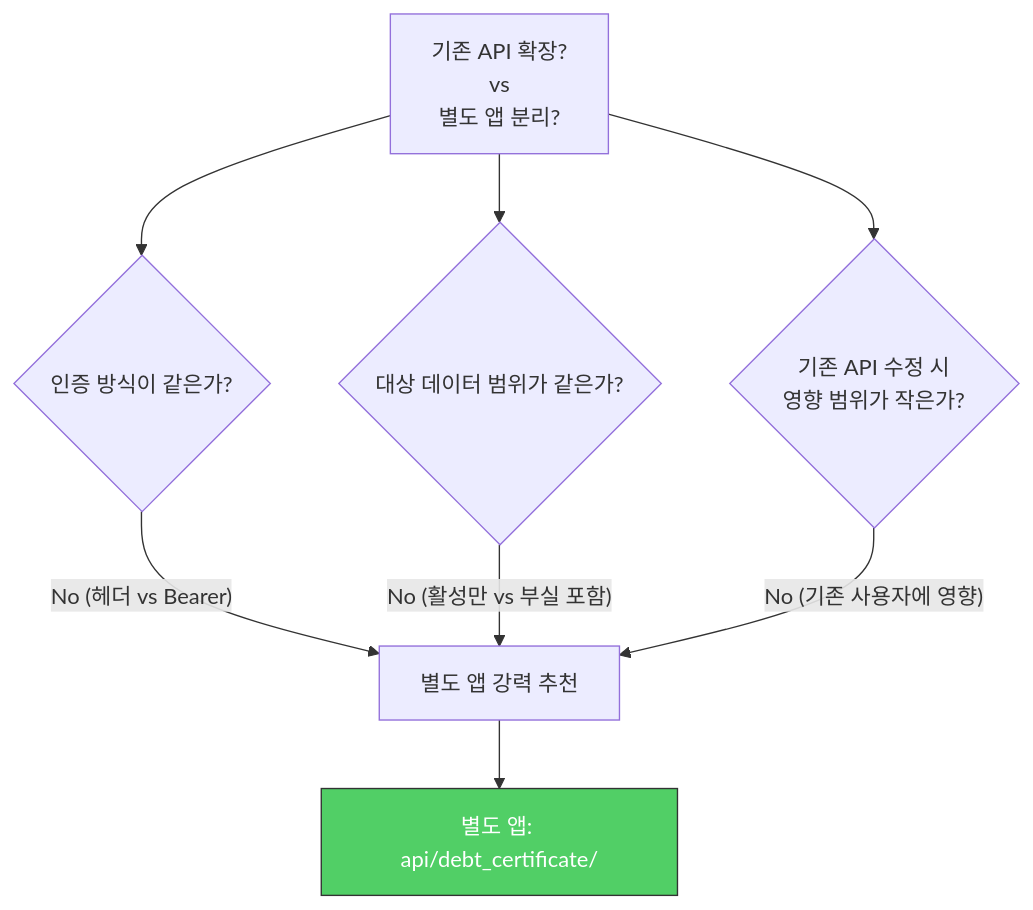
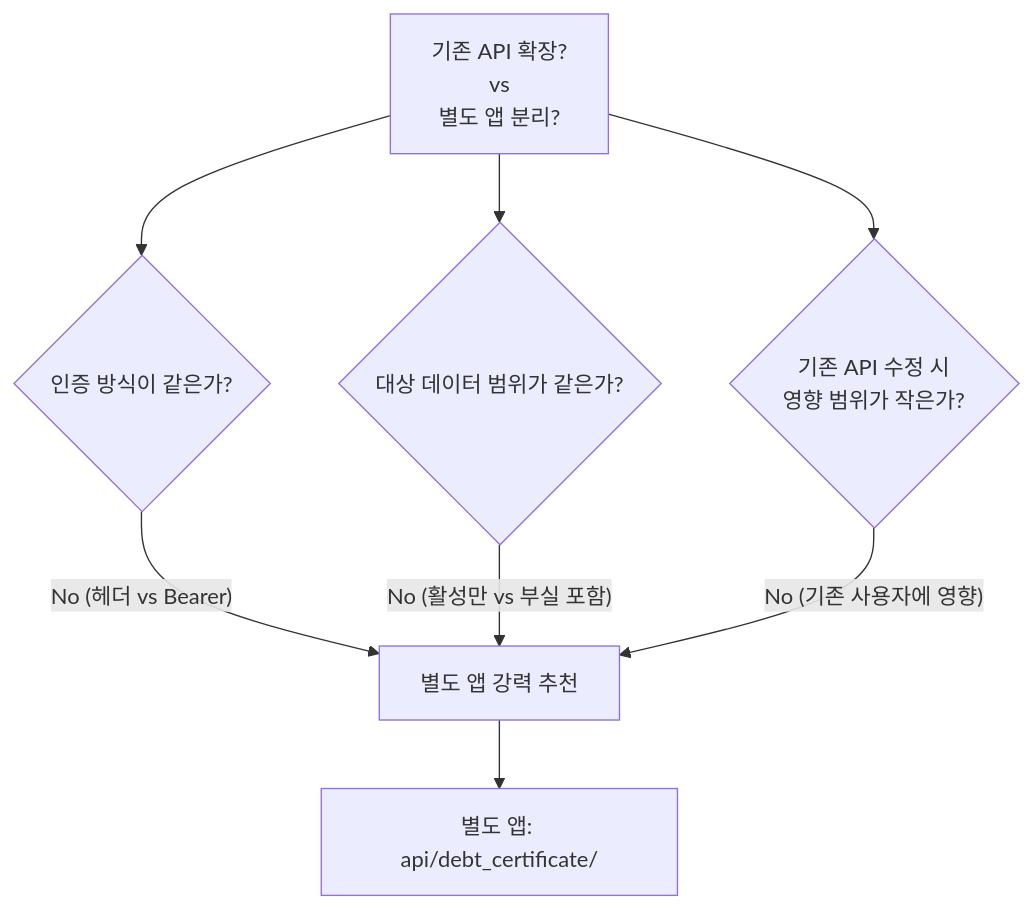
The second of 5 diagrams in _posts/2026-04-09-비슷하지만-다른-api를-설계할-때의-판단-기준.md (Gyubster/til), drawn with Mermaid before and after one commit. The commit also changed 13 other files, not shown here.

Commit message:
Mermaid 렌더링 수정: subgraph style 명령 제거

````diff
--- a/_posts/2026-04-09-비슷하지만-다른-api를-설계할-때의-판단-기준.md
+++ b/_posts/2026-04-09-비슷하지만-다른-api를-설계할-때의-판단-기준.md
@@ -46,14 +46,13 @@
 ```mermaid
 flowchart TD
     A["기존 API 확장?<br>vs<br>별도 앱 분리?"] --> B{"인증 방식이 같은가?"}
     B -->|"No (헤더 vs Bearer)"| C["별도 앱 강력 추천"]
     
     A --> D{"대상 데이터 범위가 같은가?"}
     D -->|"No (활성만 vs 부실 포함)"| C
     
     A --> E{"기존 API 수정 시<br>영향 범위가 작은가?"}
     E -->|"No (기존 사용자에 영향)"| C
     
     C --> F["별도 앱: api/debt_certificate/"]
-    style F fill:#51cf66,stroke:#333,color:#fff
 ```
````
